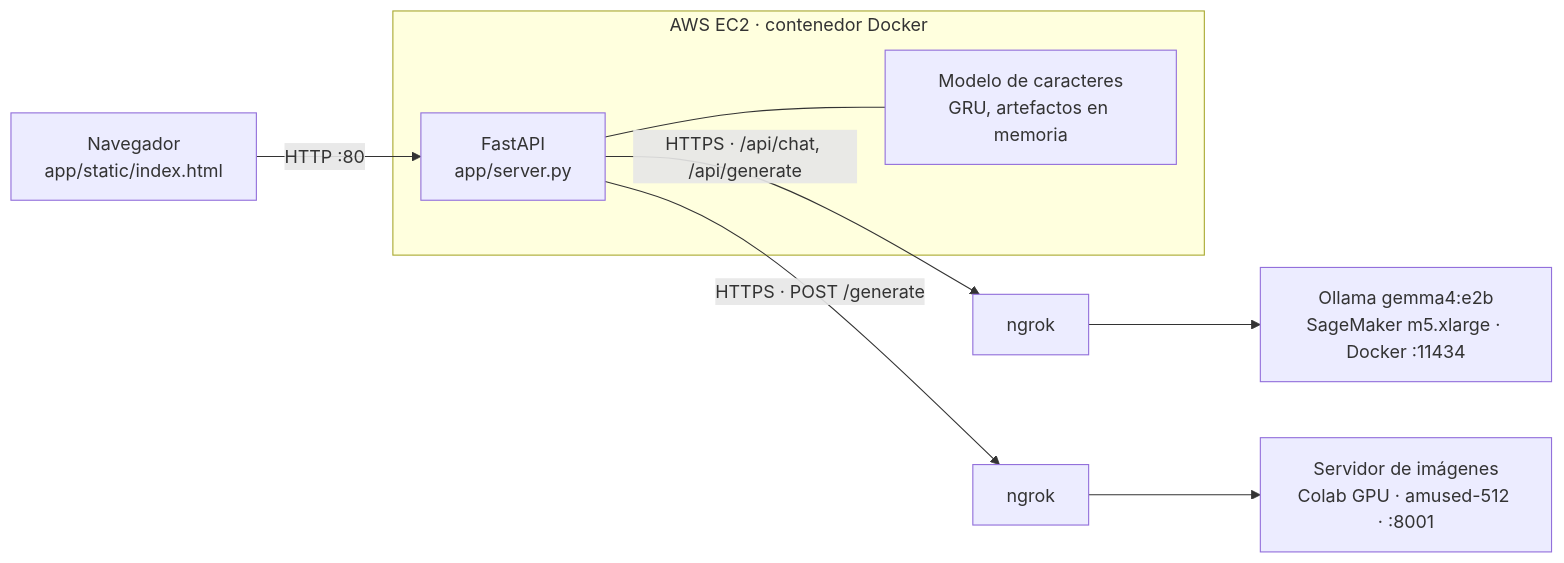
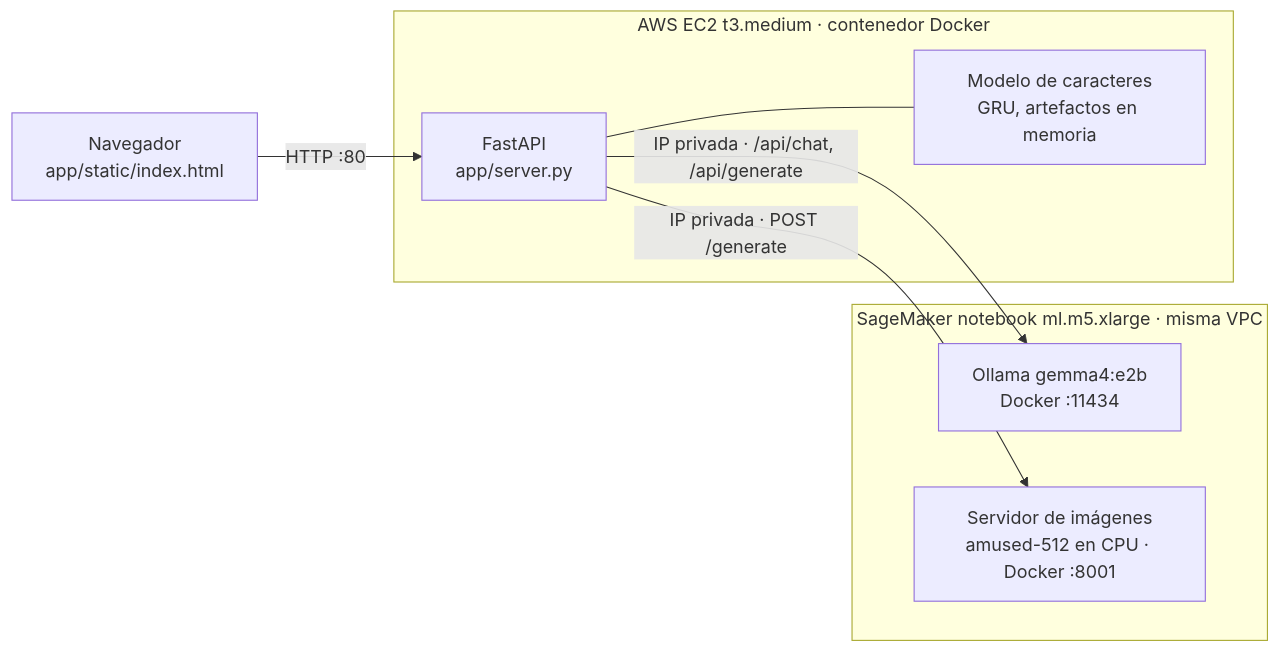
The diagram in docs/componentes.md (Ooojulian/LabDino), drawn with Mermaid before and after one commit. The commit also changed other lines of this file and 1 other file, not shown here.

Commit message:
Despliegue en AWS: link del sitio y arquitectura final

````diff
--- a/docs/componentes.md
+++ b/docs/componentes.md
@@ -7,13 +7,15 @@
 ```mermaid
 flowchart LR
     U[Navegador<br/>app/static/index.html] -->|HTTP :80| APP
-    subgraph EC2["AWS EC2 · contenedor Docker"]
+    subgraph EC2["AWS EC2 t3.medium · contenedor Docker"]
         APP[FastAPI<br/>app/server.py]
         NAME[Modelo de caracteres<br/>GRU, artefactos en memoria]
         APP --- NAME
     end
-    APP -->|HTTPS · /api/chat, /api/generate| N1[ngrok]
-    N1 --> OLL[Ollama gemma4:e2b<br/>SageMaker m5.xlarge · Docker :11434]
-    APP -->|HTTPS · POST /generate| N2[ngrok]
-    N2 --> IMG[Servidor de imágenes<br/>Colab GPU · amused-512 · :8001]
+    subgraph SM["SageMaker notebook ml.m5.xlarge · misma VPC"]
+        OLL[Ollama gemma4:e2b<br/>Docker :11434]
+        IMG[Servidor de imágenes<br/>amused-512 en CPU · Docker :8001]
+    end
+    APP -->|IP privada · /api/chat, /api/generate| OLL
+    APP -->|IP privada · POST /generate| IMG
 ```
````
